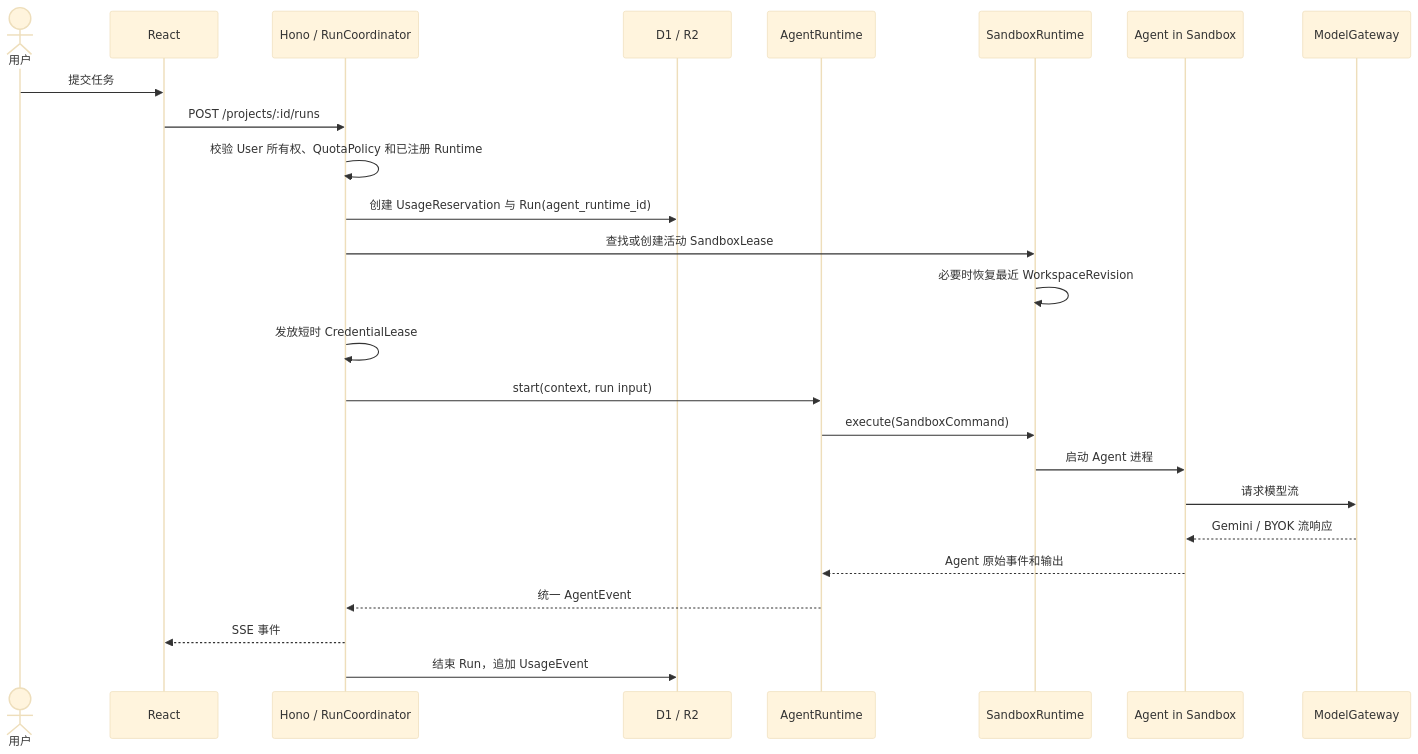
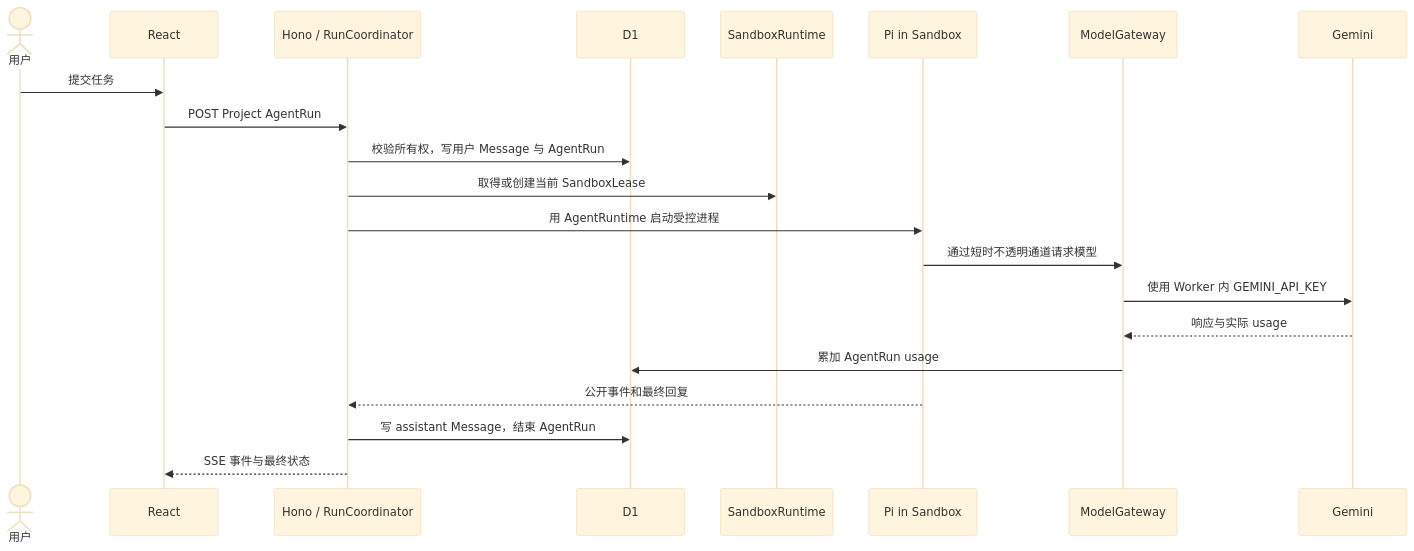
One commit to DeyunMa/agent-online changed the second of 2 diagrams in docs/architecture/01-system-overview.md. Above: the diagram before and after it, drawn with Mermaid (base theme). The commit also changed other lines of this file and 31 other files, not shown here.

First line of the commit message:
refactor(architecture): establish d1-only agent run baseline

````diff
--- a/docs/architecture/01-system-overview.md
+++ b/docs/architecture/01-system-overview.md
@@ -74,28 +74,24 @@
 ```mermaid
 sequenceDiagram
     actor User as 用户
     participant UI as React
     participant API as Hono / RunCoordinator
-    participant DB as D1 / R2
-    participant AR as AgentRuntime
+    participant DB as D1
     participant SR as SandboxRuntime
-    participant AG as Agent in Sandbox
+    participant AG as Pi in Sandbox
     participant MG as ModelGateway
+    participant GM as Gemini
 
     User->>UI: 提交任务
-    UI->>API: POST /projects/:id/runs
-    API->>API: 校验 User 所有权、QuotaPolicy 和已注册 Runtime
-    API->>DB: 创建 UsageReservation 与 Run(agent_runtime_id)
-    API->>SR: 查找或创建活动 SandboxLease
-    SR->>SR: 必要时恢复最近 WorkspaceRevision
-    API->>API: 发放短时 CredentialLease
-    API->>AR: start(context, run input)
-    AR->>SR: execute(SandboxCommand)
-    SR->>AG: 启动 Agent 进程
-    AG->>MG: 请求模型流
-    MG-->>AG: Gemini / BYOK 流响应
-    AG-->>AR: Agent 原始事件和输出
-    AR-->>API: 统一 AgentEvent
-    API-->>UI: SSE 事件
-    API->>DB: 结束 Run，追加 UsageEvent
+    UI->>API: POST Project AgentRun
+    API->>DB: 校验所有权，写用户 Message 与 AgentRun
+    API->>SR: 取得或创建当前 SandboxLease
+    API->>AG: 用 AgentRuntime 启动受控进程
+    AG->>MG: 通过短时不透明通道请求模型
+    MG->>GM: 使用 Worker 内 GEMINI_API_KEY
+    GM-->>MG: 响应与实际 usage
+    MG->>DB: 累加 AgentRun usage
+    AG-->>API: 公开事件和最终回复
+    API->>DB: 写 assistant Message，结束 AgentRun
+    API-->>UI: SSE 事件与最终状态
 ```
````
